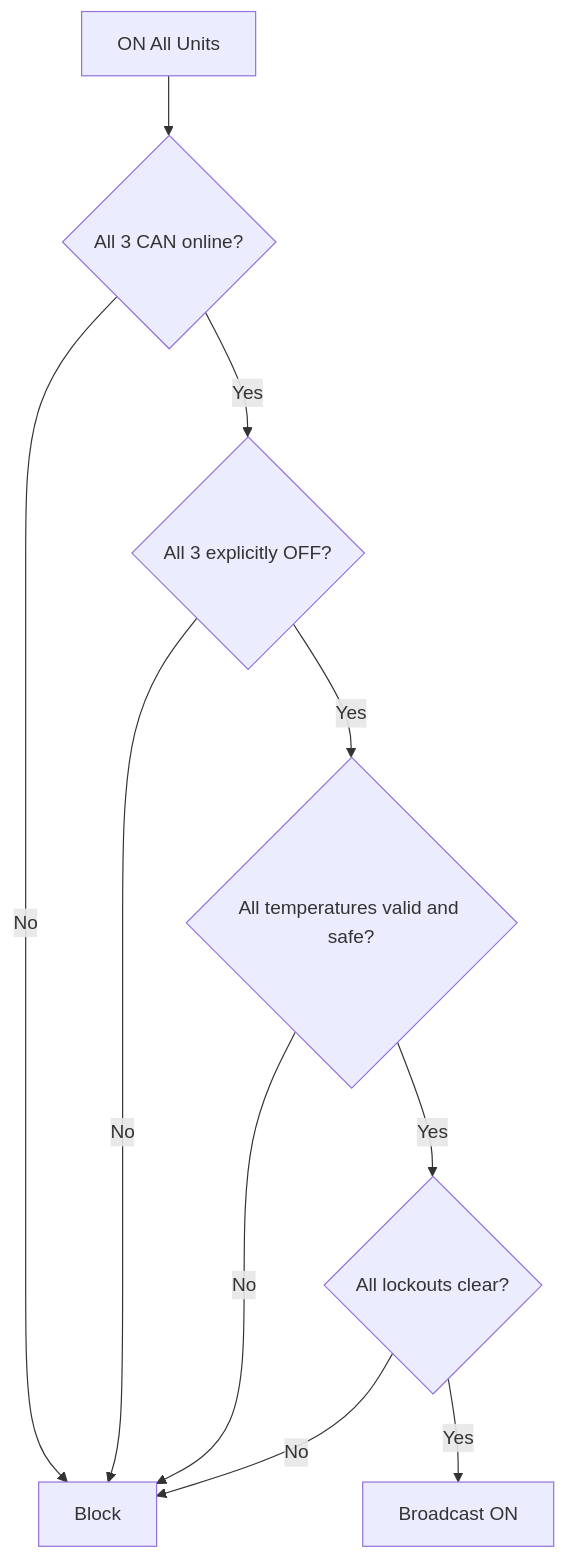
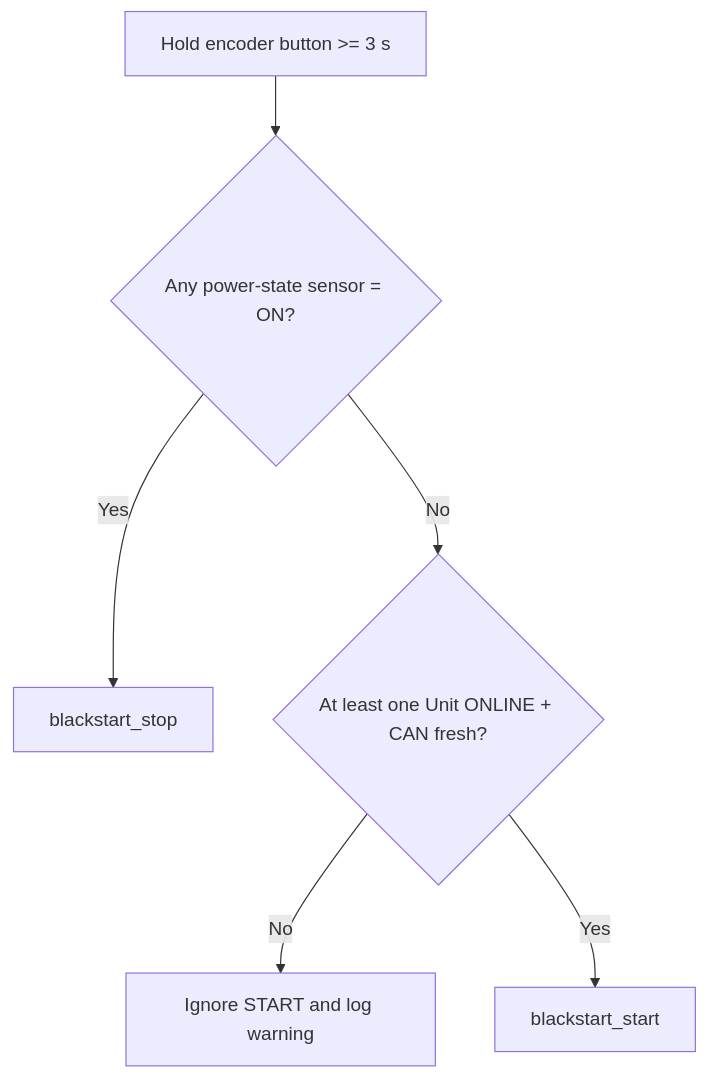
Diagram 19 of 26 in R4875G1_CONTROL_FLOWS.md (anwa/esphome-r4875g1-3phase-charger), drawn with Mermaid before and after one commit. The commit also changed other lines of this file and 1 other file, not shown here.

First line of the commit message:
Synchronize CAN lifecycle and recovery documentation

````diff
--- a/R4875G1_CONTROL_FLOWS.md
+++ b/R4875G1_CONTROL_FLOWS.md
@@ -355,12 +606,8 @@
 ```mermaid
 flowchart TD
-    A[ON All Units] --> B{All 3 CAN online?}
-    B -- No --> X[Block]
-    B -- Yes --> C{All 3 explicitly OFF?}
-    C -- No --> X
-    C -- Yes --> D{All temperatures valid and safe?}
-    D -- No --> X
-    D -- Yes --> E{All lockouts clear?}
-    E -- No --> X
-    E -- Yes --> F[Broadcast ON]
+    A[Hold encoder button >= 3 s] --> B{Any power-state sensor = ON?}
+    B -- Yes --> C[blackstart_stop]
+    B -- No --> D{At least one Unit ONLINE + CAN fresh?}
+    D -- No --> E[Ignore START and log warning]
+    D -- Yes --> F[blackstart_start]
 ```
````
